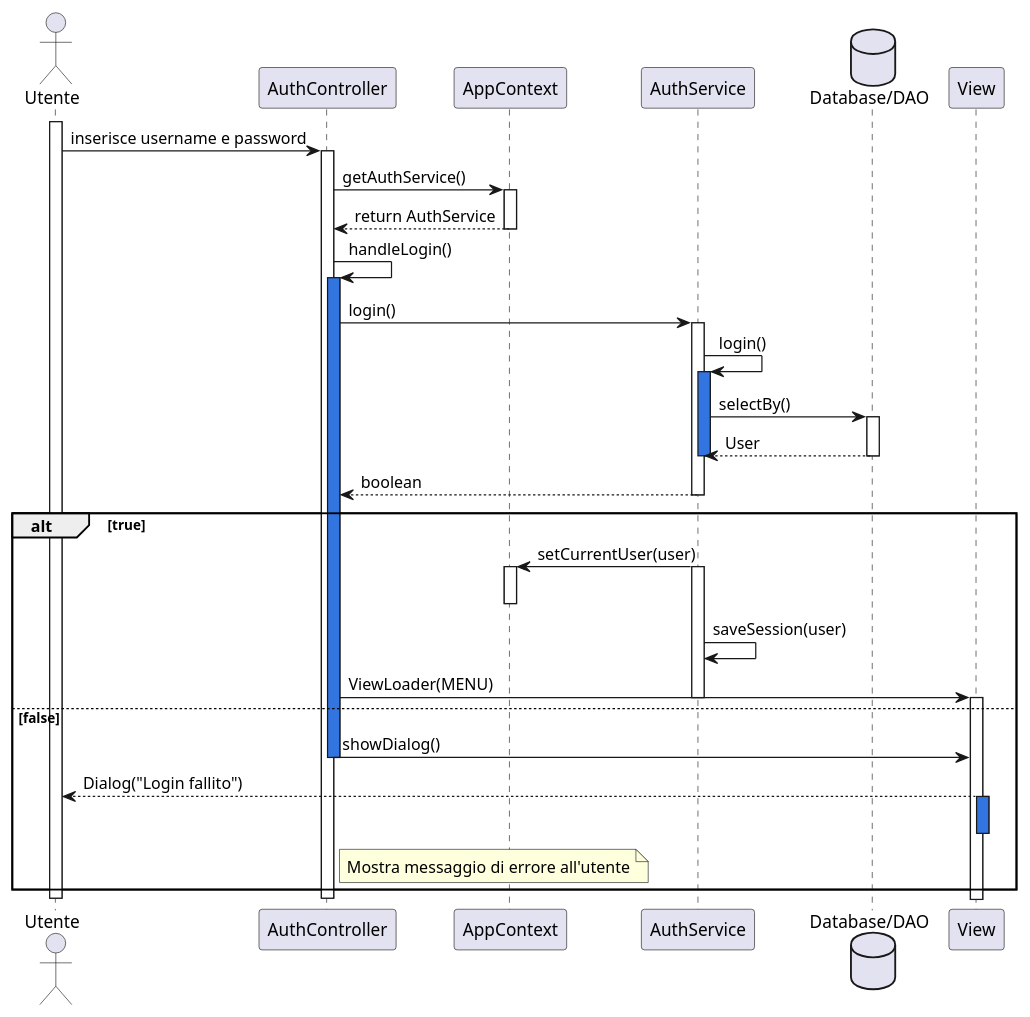
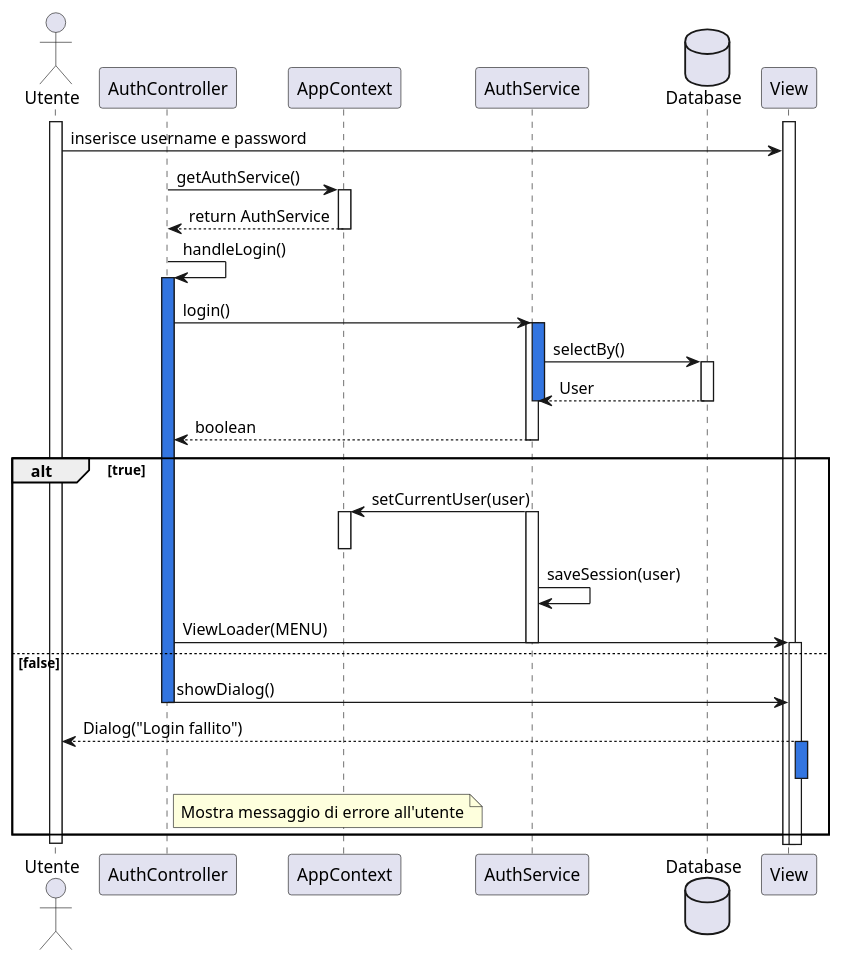
One commit to Bg735/Wordageddon-Gruppo_16 changed the diagram in docs/UML/DiagrammiSequenza/login.puml. Above: the diagram before and after it, drawn with PlantUML. The commit also changed 18 other files, not shown here.

Commit message:
aggiornamento diagrammi di sequenza

```diff
--- a/docs/UML/DiagrammiSequenza/login.puml
+++ b/docs/UML/DiagrammiSequenza/login.puml
@@ -1,59 +1,58 @@
 @startuml
 actor Utente
 participant AuthController
 participant AppContext
 participant AuthService
-database "Database/DAO" as DB
+database "Database" as DB
 participant View
 
 activate Utente
-Utente -> AuthController : inserisce username e password
-activate AuthController
+activate View
+Utente -> View : inserisce username e password
 
 AuthController -> AppContext : getAuthService()
 activate AppContext
 AppContext --> AuthController : return AuthService
 deactivate AppContext
 
 AuthController -> AuthController : handleLogin()
 activate AuthController #3375E0
 AuthController -> AuthService : login()
 activate AuthService
-AuthService -> AuthService : login()
 activate AuthService #3375E0
 AuthService -> DB : selectBy()
 
 activate DB
 
 DB --> AuthService : User
 deactivate DB
 deactivate AuthService
 
 AuthService --> AuthController : boolean
 deactivate AuthService
 
 alt true
     AuthService -> AppContext : setCurrentUser(user)
     activate AuthService
     activate AppContext
     deactivate AppContext
     AuthService->AuthService: saveSession(user)
     AuthController -> View : ViewLoader(MENU)
     deactivate AuthService
     activate View
     deactivate View
 else false
     AuthController -> View :  showDialog()
     deactivate AuthController
     View --> Utente : Dialog("Login fallito")
     note right of AuthController
         Mostra messaggio di errore all'utente
     end note
     activate View  #3375E0
     deactivate View
 end
 
 deactivate AuthService
 deactivate AuthController
 deactivate Utente
 @enduml
```
